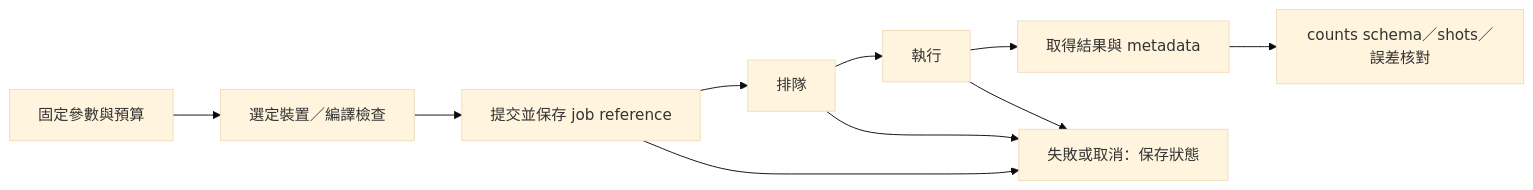
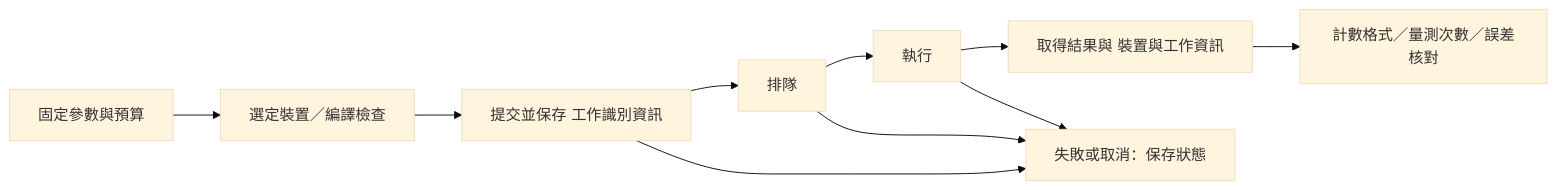
One commit to kancheng/qml-engineering-30-days changed the diagram in articles/day29/README.md. Above: the diagram before and after it, drawn with Mermaid (base theme). The commit also changed other lines of this file and 9 other files, not shown here.

````diff
--- a/articles/day29/README.md
+++ b/articles/day29/README.md
@@ -117,12 +127,12 @@
 ```mermaid
 flowchart LR
     A[固定參數與預算] --> B[選定裝置／編譯檢查]
-    B --> C[提交並保存 job reference]
+    B --> C[提交並保存 工作識別資訊]
     C --> D[排隊]
     D --> E[執行]
-    E --> F[取得結果與 metadata]
-    F --> G[counts schema／shots／誤差核對]
+    E --> F[取得結果與 裝置與工作資訊]
+    F --> G[計數格式／量測次數／誤差核對]
     C --> H[失敗或取消：保存狀態]
     D --> H
     E --> H
 ```
````
